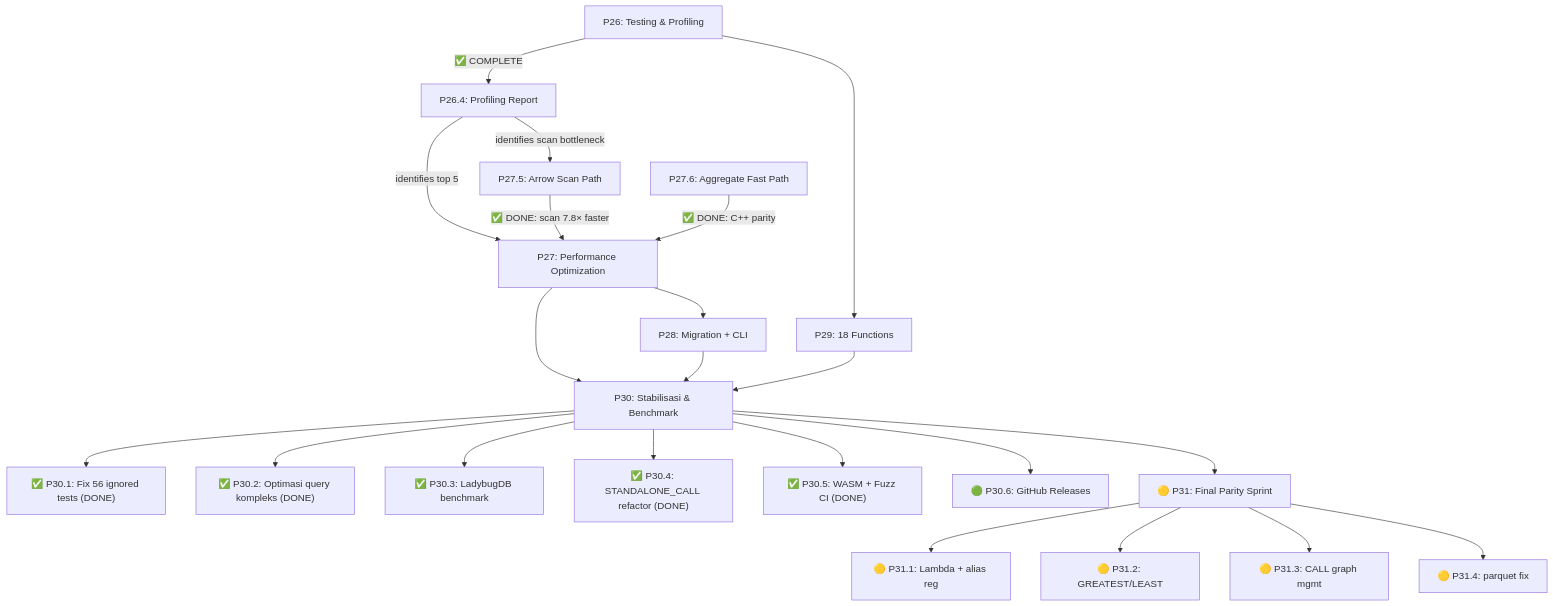
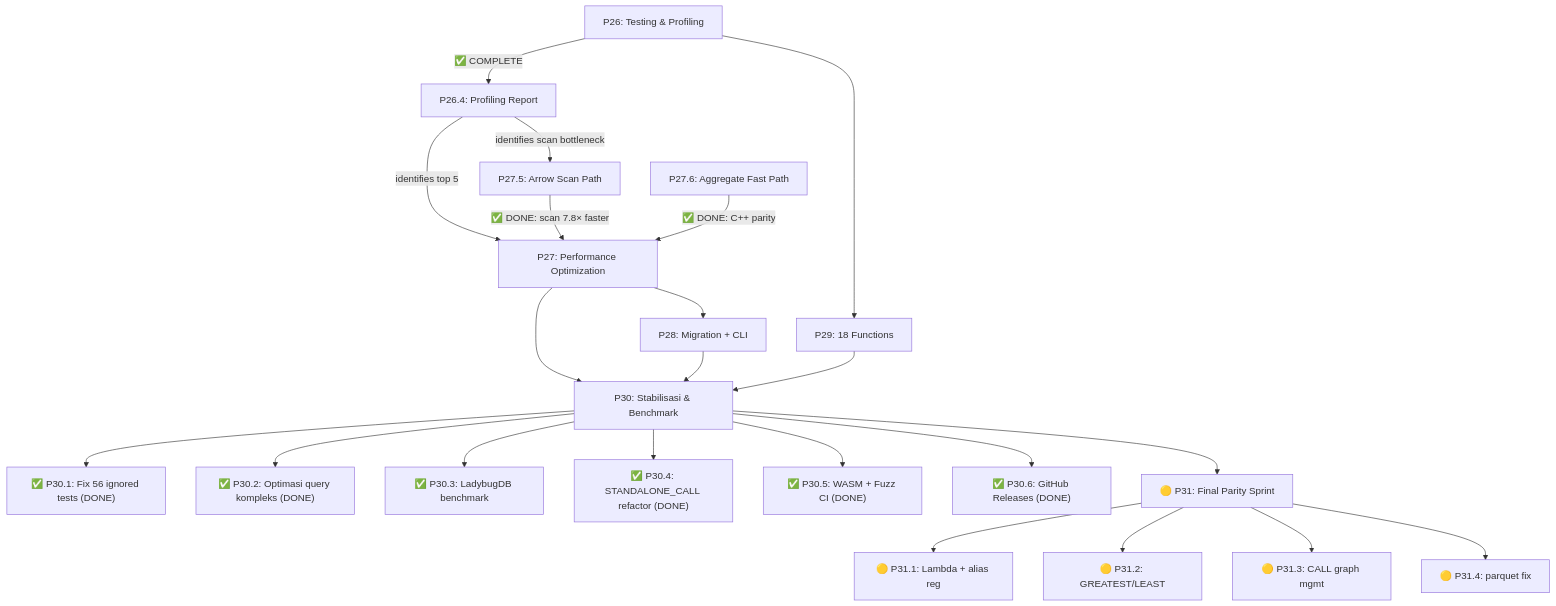
The diagram in kuzu-core/implementation_plan.md (mlengse/akar), drawn with Mermaid before and after one commit. The commit also changed other lines of this file, not shown here.

````diff
--- a/kuzu-core/implementation_plan.md
+++ b/kuzu-core/implementation_plan.md
@@ -539,24 +538,24 @@
 ```mermaid
 graph TD
     P26["P26: Testing & Profiling"] -->|✅ COMPLETE| P26_4["P26.4: Profiling Report"]
     P26_4 -->|identifies scan bottleneck| P27_5["P27.5: Arrow Scan Path"]
     P26_4 -->|identifies top 5| P27["P27: Performance Optimization"]
     P27_5 -->|✅ DONE: scan 7.8× faster| P27
     P27_6["P27.6: Aggregate Fast Path"] -->|✅ DONE: C++ parity| P27
     P27 --> P28["P28: Migration + CLI"]
     P26 --> P29["P29: 18 Functions"]
     P27 --> P30["P30: Stabilisasi & Benchmark"]
     P28 --> P30
     P29 --> P30
     P30 --> P30_1["✅ P30.1: Fix 56 ignored tests (DONE)"]
     P30 --> P30_2["✅ P30.2: Optimasi query kompleks (DONE)"]
     P30 --> P30_3["✅ P30.3: LadybugDB benchmark"]
     P30 --> P30_4["✅ P30.4: STANDALONE_CALL refactor (DONE)"]
     P30 --> P30_5["✅ P30.5: WASM + Fuzz CI (DONE)"]
-    P30 --> P30_6["🟢 P30.6: GitHub Releases"]
+    P30 --> P30_6["✅ P30.6: GitHub Releases (DONE)"]
     P30 --> P31["🟡 P31: Final Parity Sprint"]
     P31 --> P31_1["🟡 P31.1: Lambda + alias reg"]
     P31 --> P31_2["🟡 P31.2: GREATEST/LEAST"]
     P31 --> P31_3["🟡 P31.3: CALL graph mgmt"]
     P31 --> P31_4["🟡 P31.4: parquet fix"]
 ```
````
